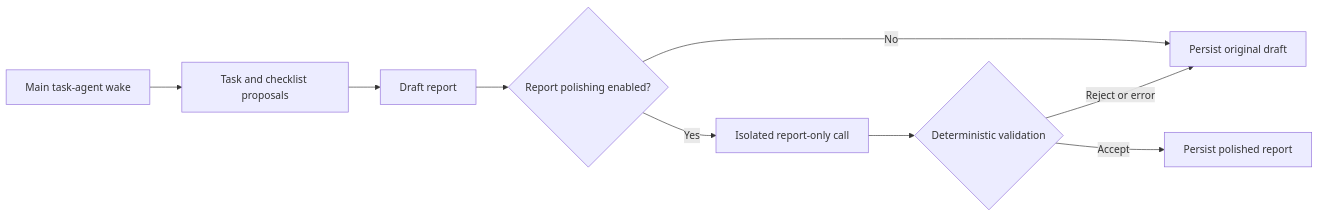
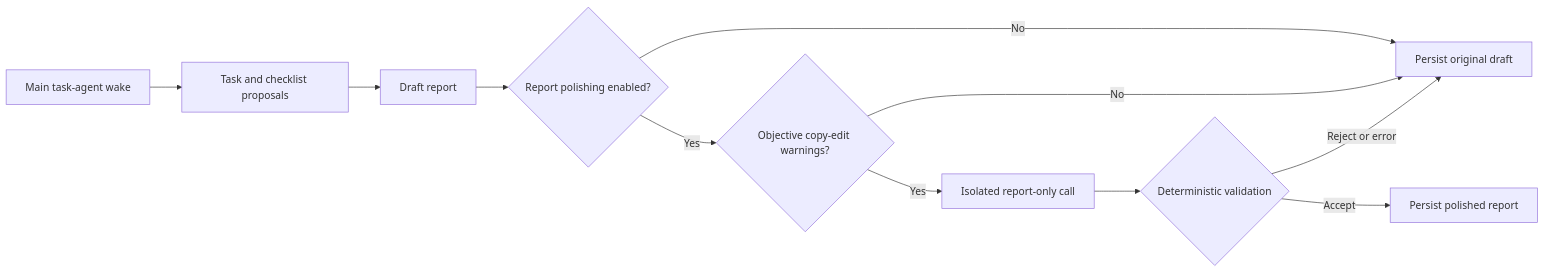
The sixth of 20 diagrams in lib/features/agents/README.md (matthiasn/lotti), drawn with Mermaid before and after one commit. The commit also changed other lines of this file and 9 other files, not shown here.

````diff
--- a/lib/features/agents/README.md
+++ b/lib/features/agents/README.md
@@ -542,11 +546,13 @@
 ```mermaid
 flowchart LR
   Wake[Main task-agent wake] --> Mutations[Task and checklist proposals]
   Mutations --> Draft[Draft report]
   Draft --> Enabled{Report polishing enabled?}
   Enabled -->|No| Persist[Persist original draft]
-  Enabled -->|Yes| Polish[Isolated report-only call]
+  Enabled -->|Yes| Warnings{Objective copy-edit warnings?}
+  Warnings -->|No| Persist
+  Warnings -->|Yes| Polish[Isolated report-only call]
   Polish --> Validate{Deterministic validation}
   Validate -->|Accept| PersistPolished[Persist polished report]
   Validate -->|Reject or error| Persist
 ```
````
